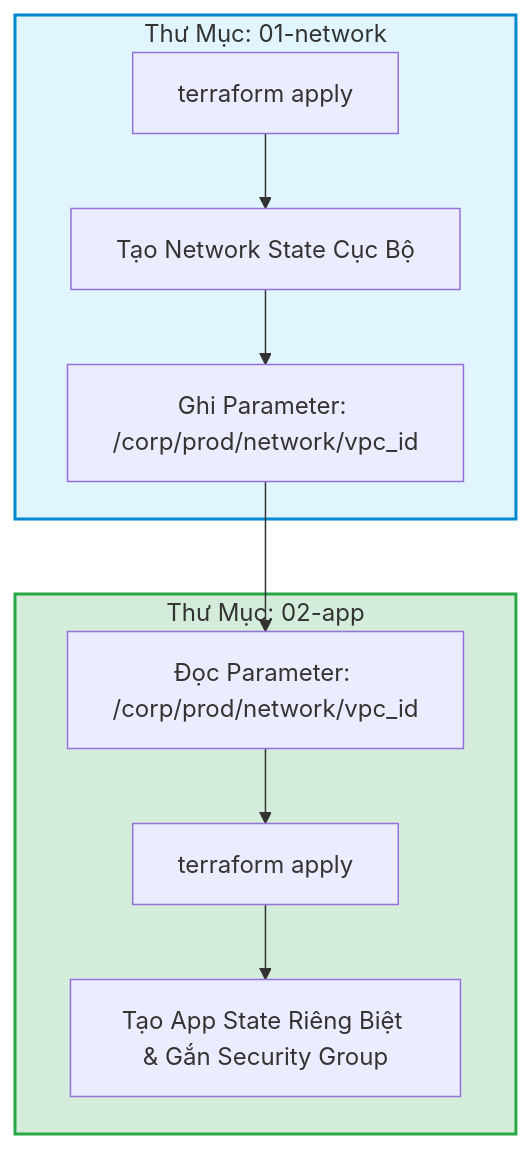
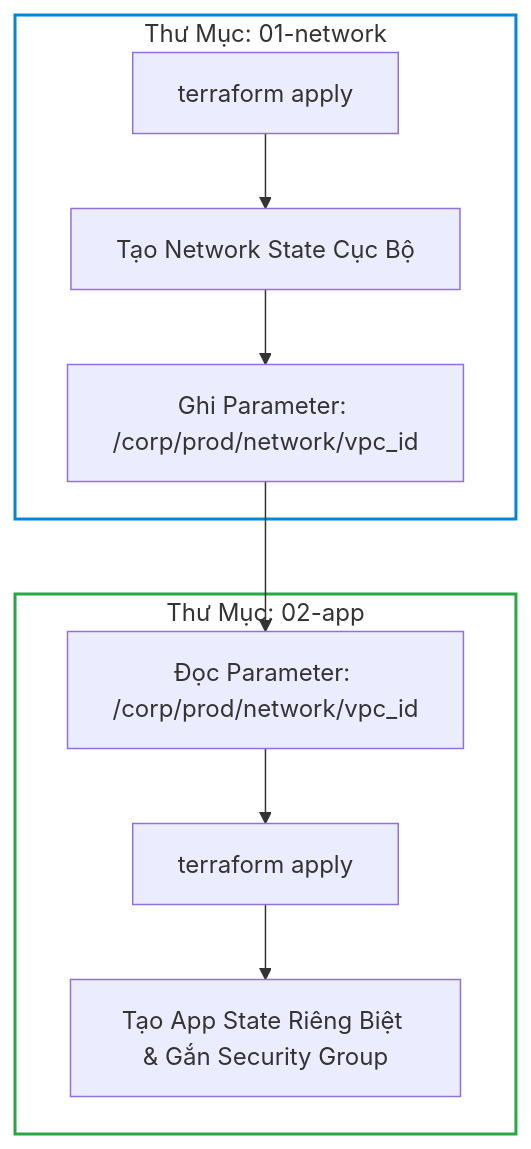
Before and after one commit to kiennt308/ntk: the fifth of 6 diagrams in _posts/2026-09-13-terraform-25-25-quan-tri-blast-radius-va-to-chuc-codebase-ha-tang-enterprise.md, drawn with Mermaid. The commit also changed other lines of this file and 207 other files, not shown here.

Commit message:
feat(posts): batch standardize all 208 posts with TL;DR, qa-card accordion, fill:none mermaid, and liquid raw wrappers

````diff
--- a/_posts/2026-09-13-terraform-25-25-quan-tri-blast-radius-va-to-chuc-codebase-ha-tang-enterprise.md
+++ b/_posts/2026-09-13-terraform-25-25-quan-tri-blast-radius-va-to-chuc-codebase-ha-tang-enterprise.md
@@ -270,19 +274,19 @@
 ```mermaid
 graph TD
     subgraph Layer1 ["Thư Mục: 01-network"]
         TF1["terraform apply"] --> V1["Tạo Network State Cục Bộ"]
         V1 --> SSM_WRITE["Ghi Parameter: /corp/prod/network/vpc_id"]
     end
 
     subgraph Layer2 ["Thư Mục: 02-app"]
         SSM_READ["Đọc Parameter: /corp/prod/network/vpc_id"] --> TF2["terraform apply"]
         TF2 --> V2["Tạo App State Riêng Biệt & Gắn Security Group"]
     end
 
     SSM_WRITE --> SSM_READ
 
-    style Layer1 fill:#e1f5fe,stroke:#0288d1,stroke-width:2px
-    style Layer2 fill:#d4edda,stroke:#28a745,stroke-width:2px
+    style Layer1 fill:none,stroke:#0288d1,stroke-width:2px
+    style Layer2 fill:none,stroke:#28a745,stroke-width:2px
 
 
 ```
````
